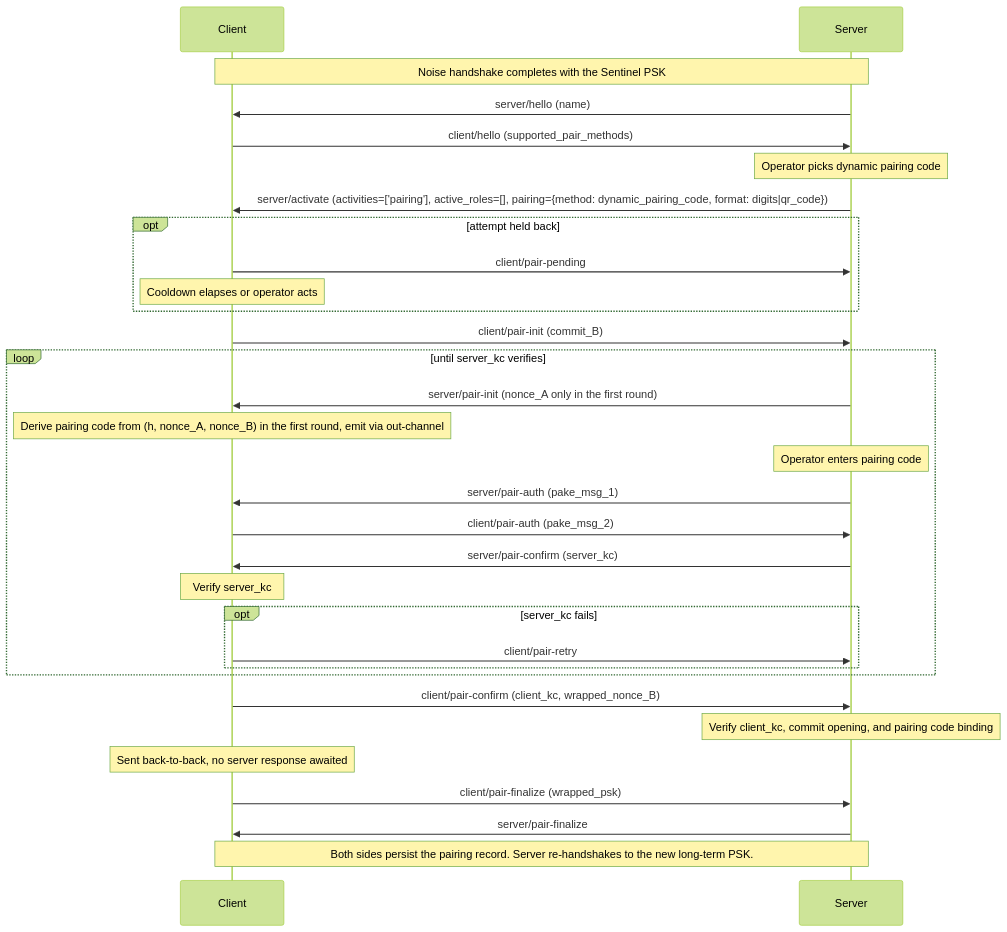
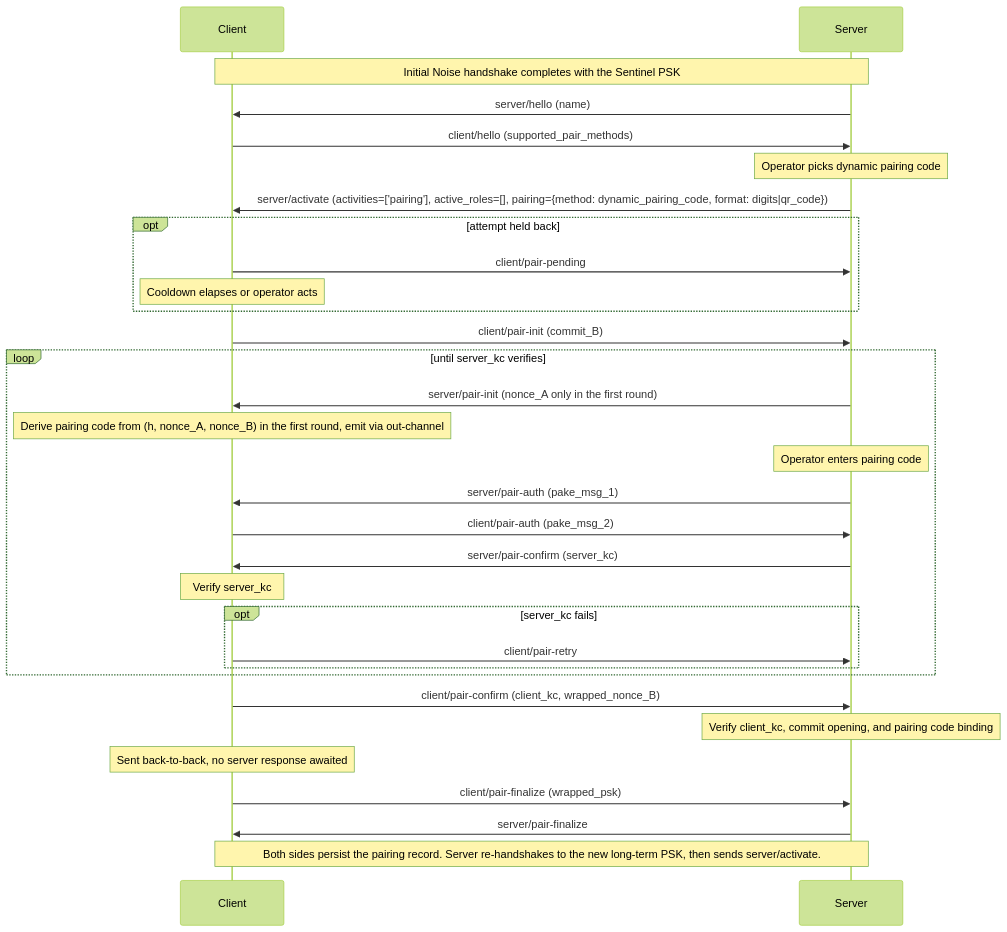
The third of 4 diagrams in README.md (Sendspin/spec), drawn with Mermaid (forest theme) before and after one commit. The commit also changed other lines of this file and 3 other files, not shown here.

````diff
--- a/README.md
+++ b/README.md
@@ -874,35 +874,35 @@
 ```mermaid
 sequenceDiagram
     participant Client
     participant Server
 
-    Note over Client,Server: Noise handshake completes with the Sentinel PSK
+    Note over Client,Server: Initial Noise handshake completes with the Sentinel PSK
 
     Server->>Client: server/hello (name)
     Client->>Server: client/hello (supported_pair_methods)
     Note over Server: Operator picks dynamic pairing code
     Server->>Client: server/activate (activities=['pairing'], active_roles=[], pairing={method: dynamic_pairing_code, format: digits|qr_code})
     opt attempt held back
         Client->>Server: client/pair-pending
         Note over Client: Cooldown elapses or operator acts
     end
     Client->>Server: client/pair-init (commit_B)
     loop until server_kc verifies
         Server->>Client: server/pair-init (nonce_A only in the first round)
         Note over Client: Derive pairing code from (h, nonce_A, nonce_B) in the first round, emit via out-channel
         Note over Server: Operator enters pairing code
         Server->>Client: server/pair-auth (pake_msg_1)
         Client->>Server: client/pair-auth (pake_msg_2)
         Server->>Client: server/pair-confirm (server_kc)
         Note over Client: Verify server_kc
         opt server_kc fails
             Client->>Server: client/pair-retry
         end
     end
     Client->>Server: client/pair-confirm (client_kc, wrapped_nonce_B)
     Note over Server: Verify client_kc, commit opening, and pairing code binding
     Note over Client: Sent back-to-back, no server response awaited
     Client->>Server: client/pair-finalize (wrapped_psk)
     Server->>Client: server/pair-finalize
-    Note over Client,Server: Both sides persist the pairing record. Server re-handshakes to the new long-term PSK.
+    Note over Client,Server: Both sides persist the pairing record. Server re-handshakes to the new long-term PSK, then sends server/activate.
 ```
````
